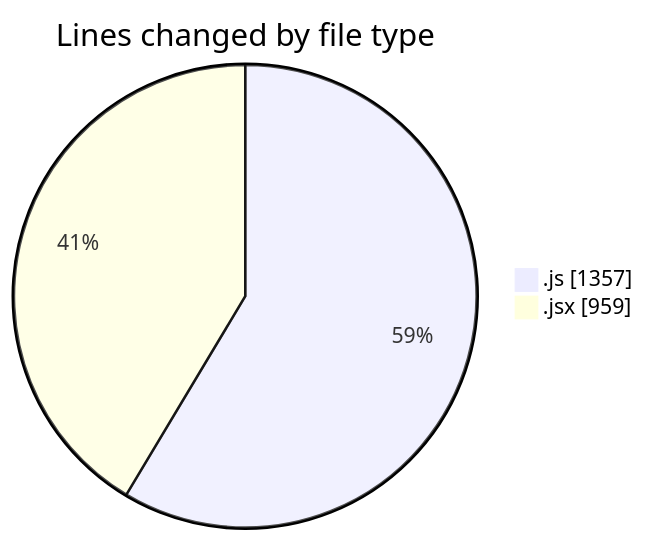
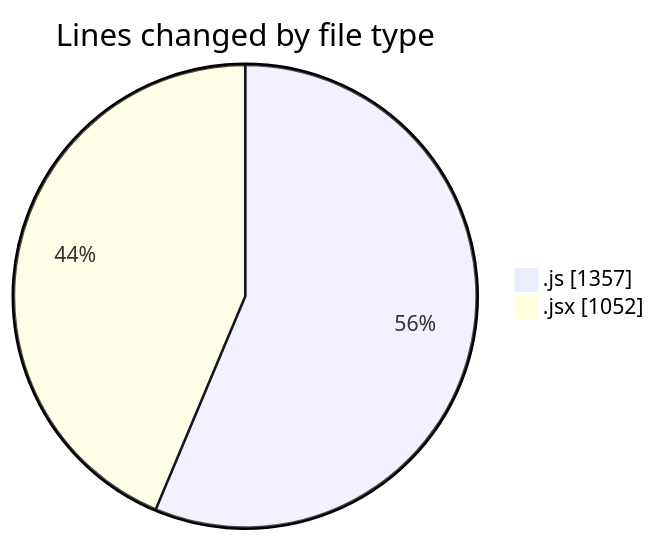
One commit to nxtqubesakshisongat/code-tracking changed the first of 2 diagrams in 2025-08-05/nxtqube_webapp/README.md. Above: the diagram before and after it, drawn with Mermaid. The commit also changed other lines of this file and 1 other file, not shown here.

````diff
--- a/2025-08-05/nxtqube_webapp/README.md
+++ b/2025-08-05/nxtqube_webapp/README.md
@@ -24,6 +24,6 @@
 ```mermaid
 pie showData
 title Lines changed by file type
 ".js" : 1357
-".jsx" : 959
+".jsx" : 1052
 ```
````
